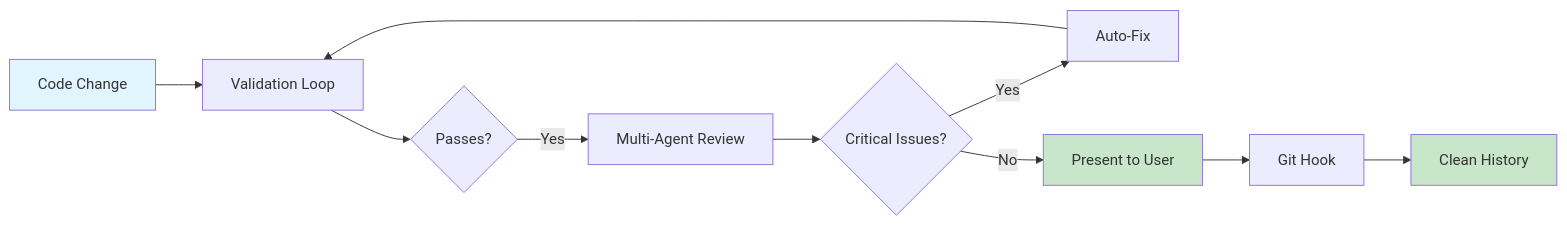
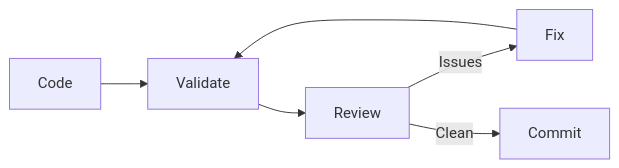
One commit to ambient-code/reference changed the second of 2 diagrams in docs/patterns/multi-agent-code-review.md. Above: the diagram before and after it, drawn with Mermaid. The commit also changed other lines of this file and 8 other files, not shown here.

First line of the commit message:
docs: simplify mermaid diagrams for visual clarity (#17)

````diff
--- a/docs/patterns/multi-agent-code-review.md
+++ b/docs/patterns/multi-agent-code-review.md
@@ -170,16 +159,8 @@
 ```mermaid
 flowchart LR
-    A[Code Change] --> B[Validation Loop]
-    B --> C{Passes?}
-    C -->|Yes| D[Multi-Agent Review]
-    D --> E{Critical Issues?}
-    E -->|Yes| F[Auto-Fix]
-    F --> B
-    E -->|No| G[Present to User]
-    G --> H[Git Hook]
-    H --> I[Clean History]
-
-    style A fill:#e1f5fe
-    style G fill:#c8e6c9
-    style I fill:#c8e6c9
+    A[Code] --> B[Validate]
+    B --> C[Review]
+    C -->|Issues| D[Fix]
+    D --> B
+    C -->|Clean| E[Commit]
 ```
````
